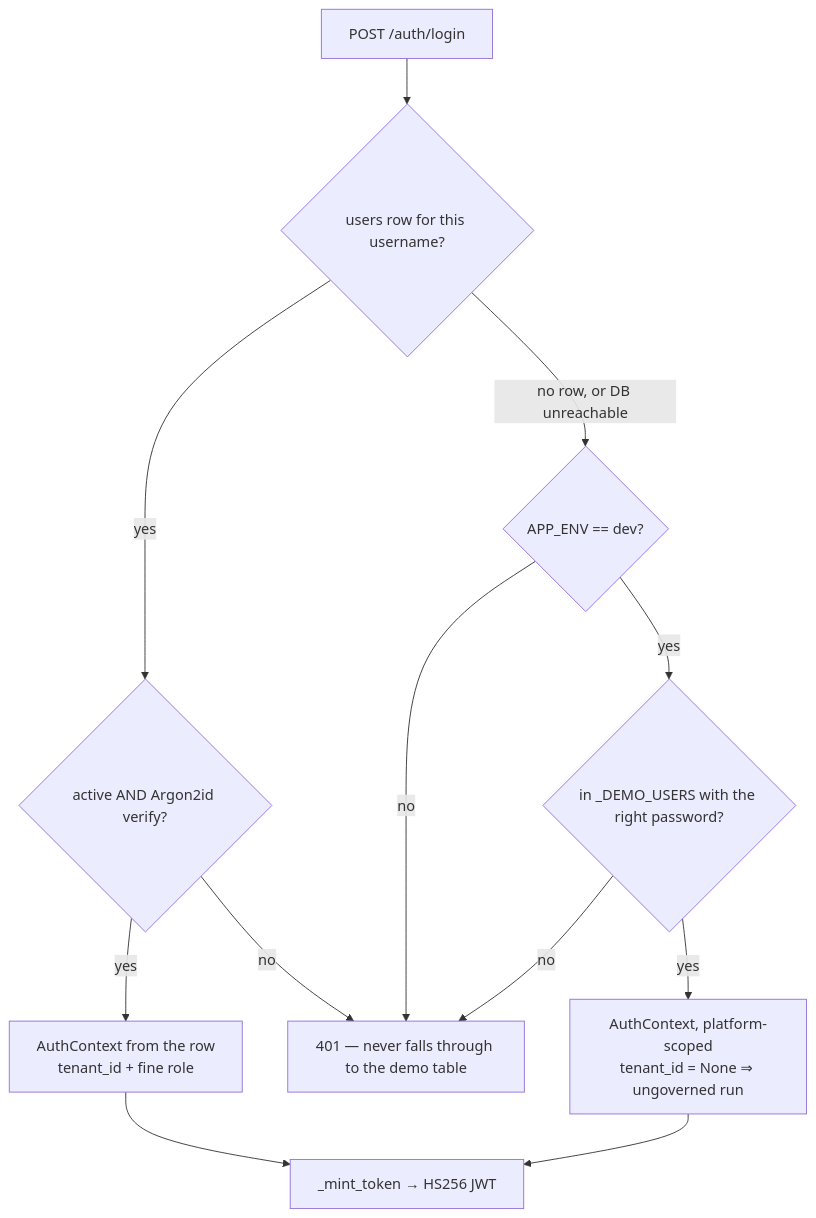
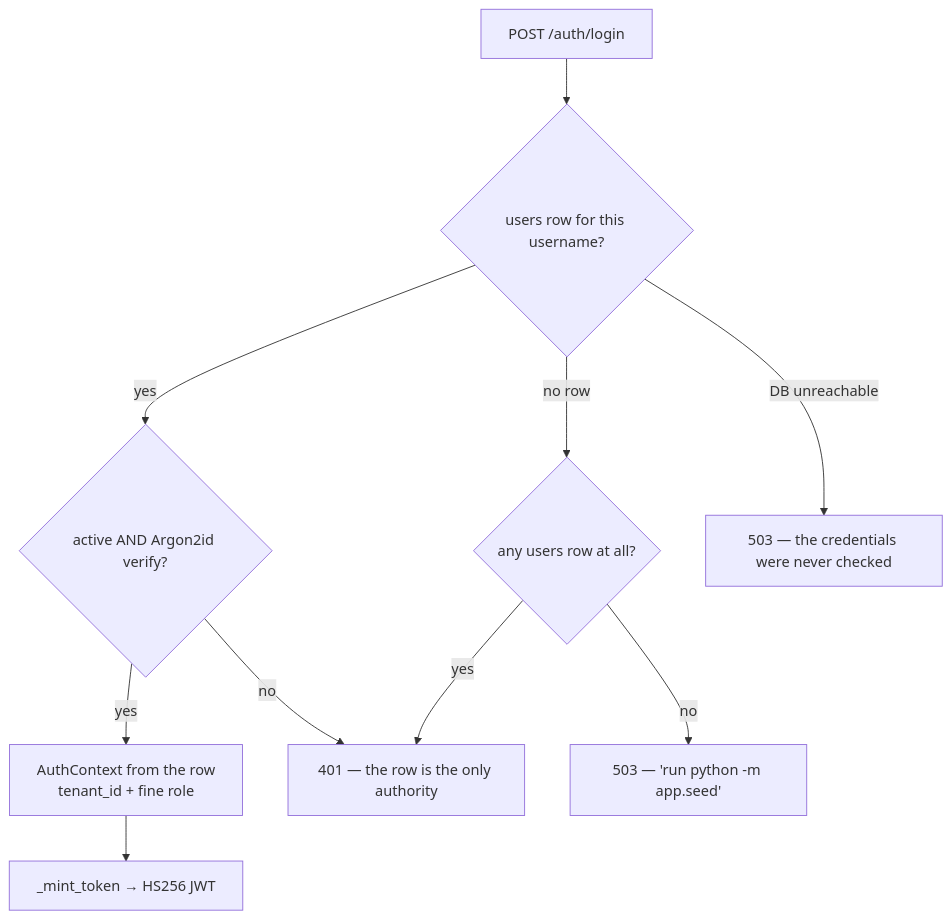
One commit to yrevash/aegis changed the second of 5 diagrams in docs/learn/20-backend.md. Above: the diagram before and after it, drawn with Mermaid. The commit also changed other lines of this file and 18 other files, not shown here.

````diff
--- a/docs/learn/20-backend.md
+++ b/docs/learn/20-backend.md
@@ -69,14 +69,12 @@
 ```mermaid
 flowchart TB
     L["POST /auth/login"] --> DB{"users row for this username?"}
     DB -->|yes| VER{"active AND Argon2id verify?"}
     VER -->|yes| OK["AuthContext from the row<br/>tenant_id + fine role"]
-    VER -->|no| REJ["401 — never falls through to the demo table"]
-    DB -->|"no row, or DB unreachable"| DEV{"APP_ENV == dev?"}
-    DEV -->|no| REJ
-    DEV -->|yes| DEMO{"in _DEMO_USERS with the right password?"}
-    DEMO -->|yes| OKD["AuthContext, platform-scoped<br/>tenant_id = None ⇒ ungoverned run"]
-    DEMO -->|no| REJ
+    VER -->|no| REJ["401 — the row is the only authority"]
+    DB -->|"no row"| ANY{"any users row at all?"}
+    ANY -->|yes| REJ
+    ANY -->|no| SEED["503 — 'run python -m app.seed'"]
+    DB -->|"DB unreachable"| UNAVAIL["503 — the credentials were never checked"]
     OK --> MINT["_mint_token → HS256 JWT"]
-    OKD --> MINT
 ```
````
